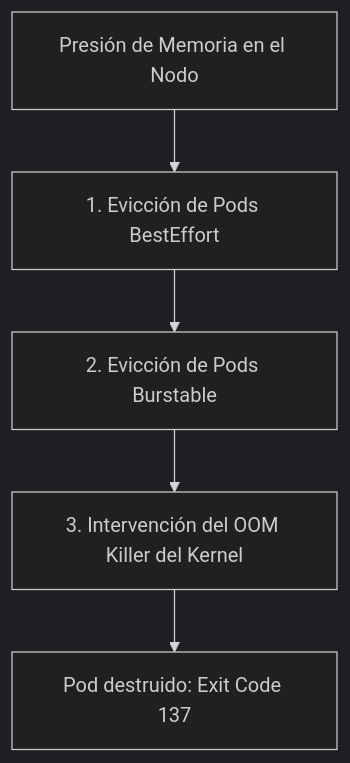
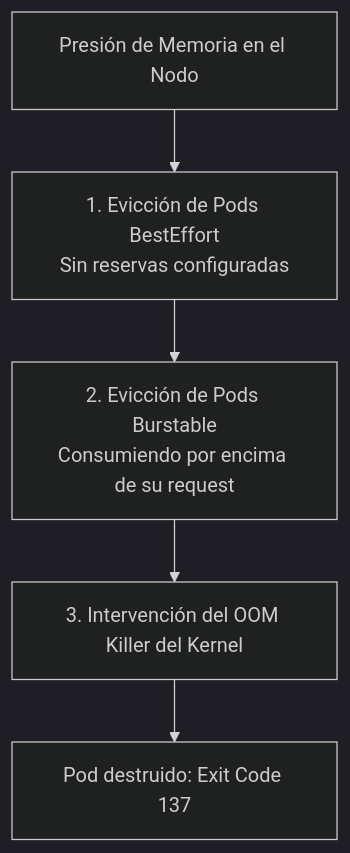
Before and after one commit to ieftraining/curso-openshift: the fourth of 7 diagrams in docs/sesion4/4.2 Recursoso, cuotas y ubicación.md, drawn with Mermaid (dark theme). The commit also changed other lines of this file, not shown here.

````diff
--- a/docs/sesion4/4.2 Recursoso, cuotas y ubicación.md
+++ b/docs/sesion4/4.2 Recursoso, cuotas y ubicación.md
@@ -176,7 +186,7 @@
 ```mermaid
 flowchart TD
-    A[Presión de Memoria en el Nodo] --> B[1. Evicción de Pods BestEffort]
-    B --> C[2. Evicción de Pods Burstable]
+    A[Presión de Memoria en el Nodo] --> B[1. Evicción de Pods BestEffort<br>Sin reservas configuradas]
+    B --> C[2. Evicción de Pods Burstable<br>Consumiendo por encima de su request]
     C --> D[3. Intervención del OOM Killer del Kernel]
     D --> E[Pod destruido: Exit Code 137]
 ```
````
